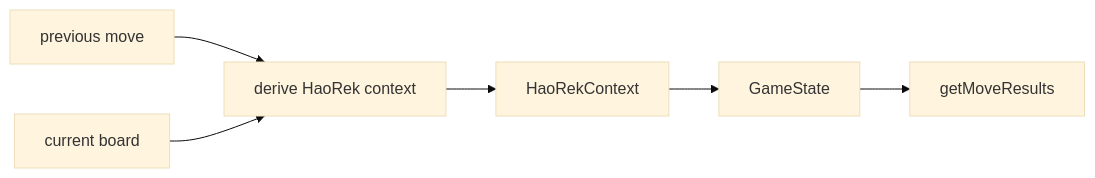
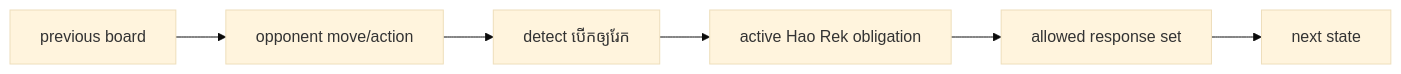
The seventh of 7 diagrams in ENGINE_ARCHITECTURE_REK_KHMER.md (machxanht/Rek-Khmer-Chess), drawn with Mermaid (base theme) before and after one commit. The commit also changed other lines of this file and 7 other files, not shown here.

First line of the commit message:
docs(rules): update Rek evidence, audits, and Hao transition research

````diff
--- a/ENGINE_ARCHITECTURE_REK_KHMER.md
+++ b/ENGINE_ARCHITECTURE_REK_KHMER.md
@@ -363,8 +355,8 @@
 ```mermaid
 flowchart LR
-    PREV[previous move] --> DETECT[derive HaoRek context]
-    BOARD[current board] --> DETECT
-    DETECT --> CTX[HaoRekContext]
-    CTX --> STATE[GameState]
-    STATE --> LEGAL[getMoveResults]
+    PREV[previous board] --> MOVE[opponent move/action]
+    MOVE --> DETECT[detect បើកឲ្យរែក]
+    DETECT --> CTX[active Hao Rek obligation]
+    CTX --> RESPONSE[allowed response set]
+    RESPONSE --> NEXT[next state]
 ```
````
